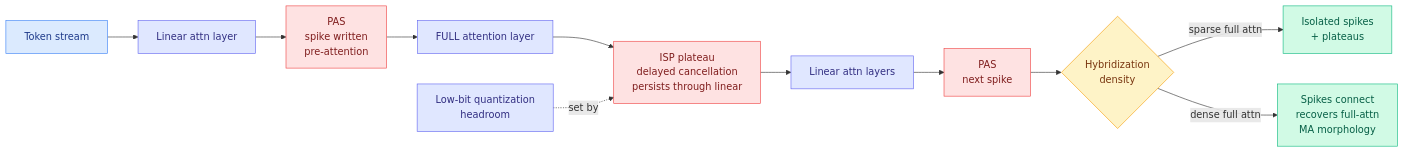
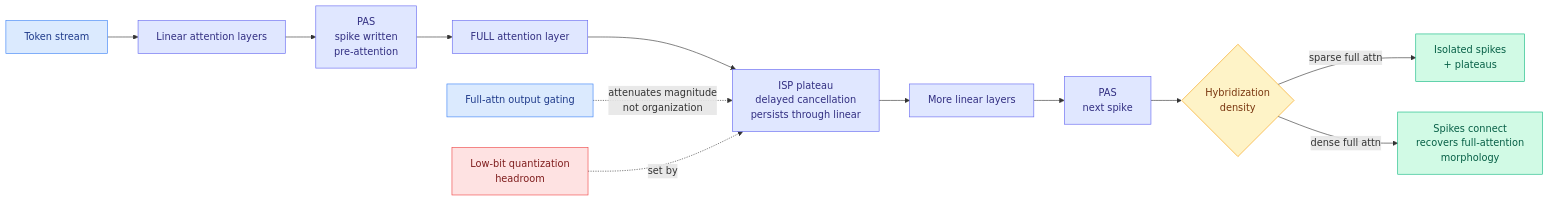
The fifth of 9 diagrams in wiki/daily-digest/2026-08/2026-08-14.md (bayesiansapien/cere-bro), drawn with Mermaid before and after one commit. The commit also changed other lines of this file and 6 other files, not shown here.

````diff
--- a/wiki/daily-digest/2026-08/2026-08-14.md
+++ b/wiki/daily-digest/2026-08/2026-08-14.md
@@ -147,23 +291,24 @@
 ```mermaid
 flowchart LR
-  T[Token stream] --> L1[Linear attn layer]
+  T[Token stream] --> L1[Linear attention layers]
   L1 --> P1[PAS<br/>spike written<br/>pre-attention]
   P1 --> F1[FULL attention layer]
   F1 --> ISP[ISP plateau<br/>delayed cancellation<br/>persists through linear]
-  ISP --> L2[Linear attn layers]
+  ISP --> L2[More linear layers]
   L2 --> P2[PAS<br/>next spike]
   P2 --> D{Hybridization<br/>density}
   D -->|sparse full attn| SEP[Isolated spikes<br/>+ plateaus]
-  D -->|dense full attn| REC[Spikes connect<br/>recovers full-attn<br/>MA morphology]
+  D -->|dense full attn| REC[Spikes connect<br/>recovers full-attention<br/>morphology]
+  G[Full-attn output gating] -.attenuates magnitude<br/>not organization.-> ISP
   Q[Low-bit quantization<br/>headroom] -.set by.-> ISP
   classDef input fill:#dbeafe,stroke:#3b82f6,color:#1e3a8a
   classDef decision fill:#fef3c7,stroke:#f59e0b,color:#78350f
   classDef output fill:#d1fae5,stroke:#10b981,color:#065f46
   classDef warn fill:#fee2e2,stroke:#ef4444,color:#7f1d1d
   classDef aux fill:#e0e7ff,stroke:#6366f1,color:#312e81
-  class T input
+  class T,G input
   class D decision
   class SEP,REC output
-  class P1,P2,ISP warn
-  class L1,L2,F1,Q aux
+  class Q warn
+  class L1,L2,P1,P2,F1,ISP aux
 ```
````
